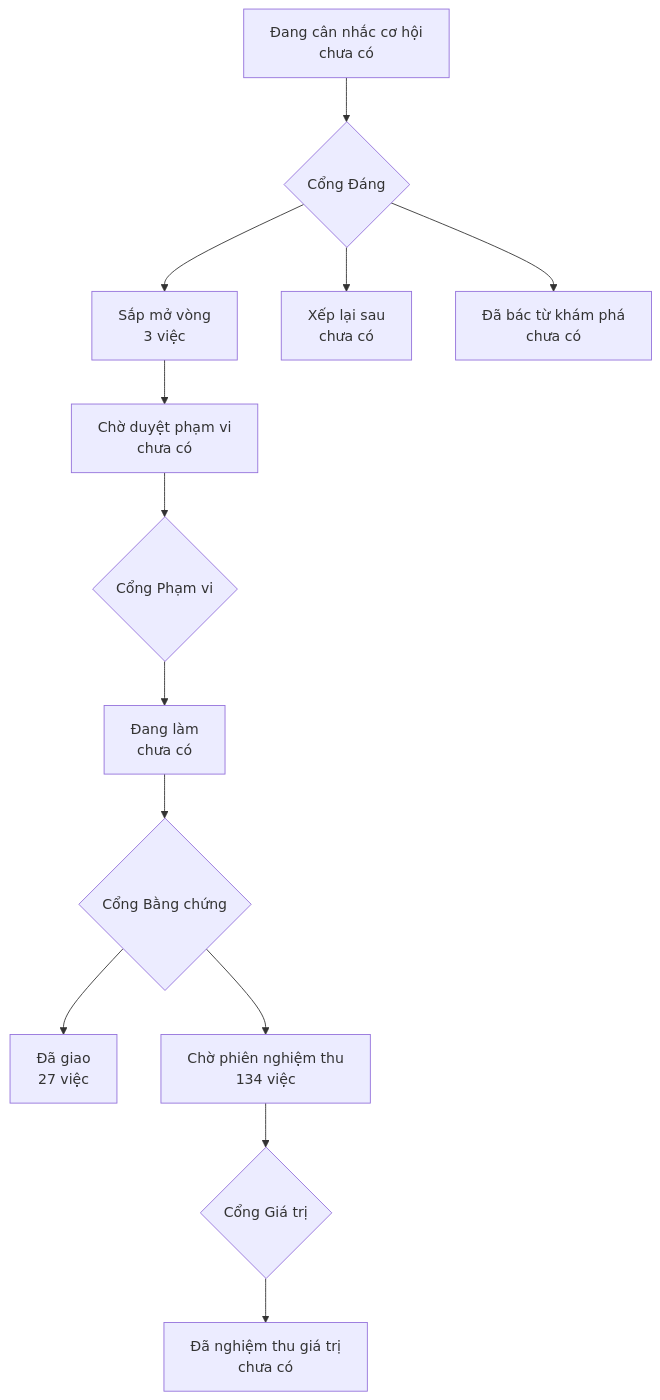
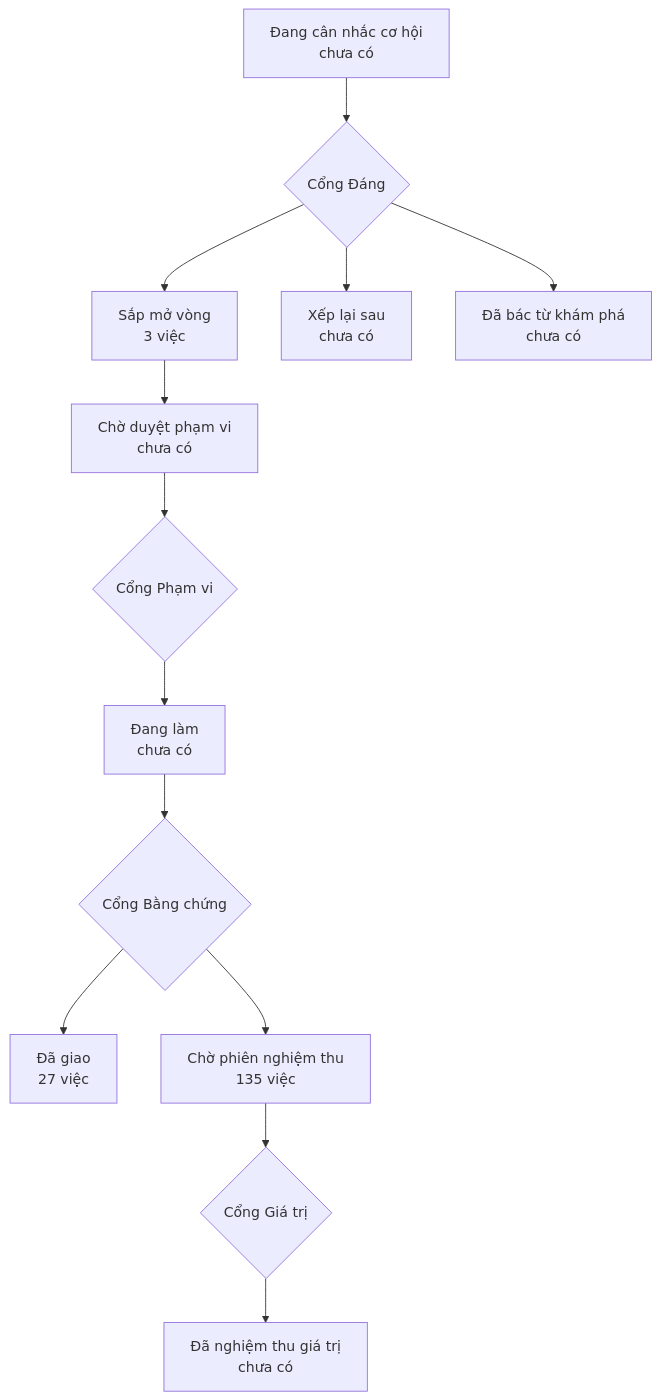
The diagram in PRODUCT-MAP.md (phanlemanh/onehub-quy-hang), drawn with Mermaid before and after one commit. The commit also changed other lines of this file and 1 other file, not shown here.

Commit message:
chore: vẽ lại bản đồ sau gộp main

````diff
--- a/PRODUCT-MAP.md
+++ b/PRODUCT-MAP.md
@@ -7,12 +7,12 @@
 ```mermaid
 flowchart TD
   A["Đang cân nhắc cơ hội<br/>chưa có"] --> GD{"Cổng Đáng"}
   GD --> B["Sắp mở vòng<br/>3 việc"]
   GD --> XL["Xếp lại sau<br/>chưa có"]
   GD --> DB["Đã bác từ khám phá<br/>chưa có"]
   B --> CD["Chờ duyệt phạm vi<br/>chưa có"] --> GP{"Cổng Phạm vi"}
   GP --> DL["Đang làm<br/>chưa có"] --> GB{"Cổng Bằng chứng"}
   GB --> DG["Đã giao<br/>27 việc"]
-  GB --> CN["Chờ phiên nghiệm thu<br/>134 việc"] --> GG{"Cổng Giá trị"}
+  GB --> CN["Chờ phiên nghiệm thu<br/>135 việc"] --> GG{"Cổng Giá trị"}
   GG --> NT["Đã nghiệm thu giá trị<br/>chưa có"]
 ```
````
